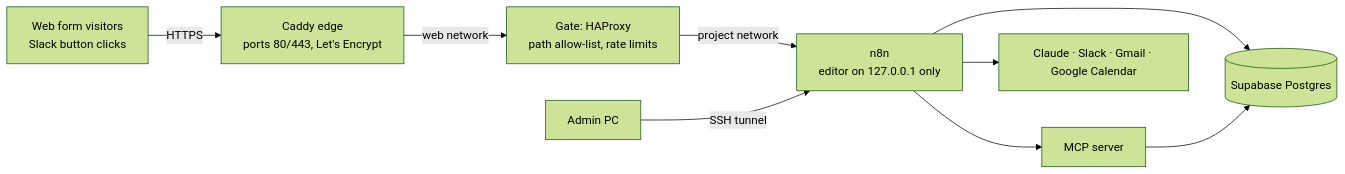
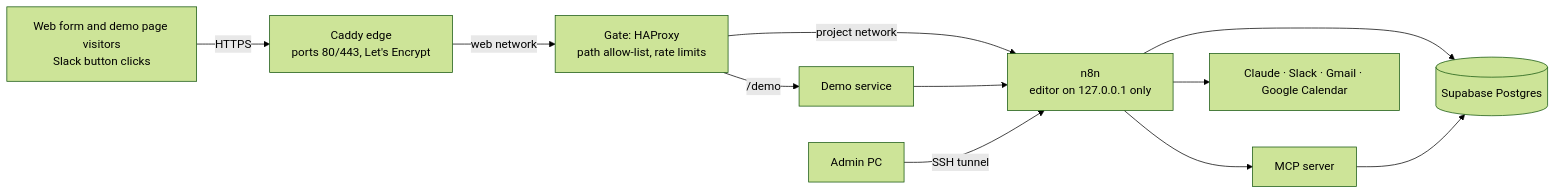
Before and after one commit to Raynor1511/ai-enquiry-agent: the diagram in docs/deploy.md, drawn with Mermaid (forest theme). The commit also changed other lines of this file and 10 other files, not shown here.

````diff
--- a/docs/deploy.md
+++ b/docs/deploy.md
@@ -5,10 +5,11 @@
 ```mermaid
 flowchart LR
-    U[Web form visitors<br/>Slack button clicks] -- HTTPS --> C[Caddy edge<br/>ports 80/443, Let's Encrypt]
+    U[Web form and demo page visitors<br/>Slack button clicks] -- HTTPS --> C[Caddy edge<br/>ports 80/443, Let's Encrypt]
     C -- web network --> G[Gate: HAProxy<br/>path allow-list, rate limits]
     G -- project network --> N[n8n<br/>editor on 127.0.0.1 only]
+    G -- /demo --> D[Demo service] --> N
     N --> M[MCP server]
     A[Admin PC] -- SSH tunnel --> N
     N --> X[Claude · Slack · Gmail · Google Calendar]
     N & M --> S[(Supabase Postgres)]
 ```
````
